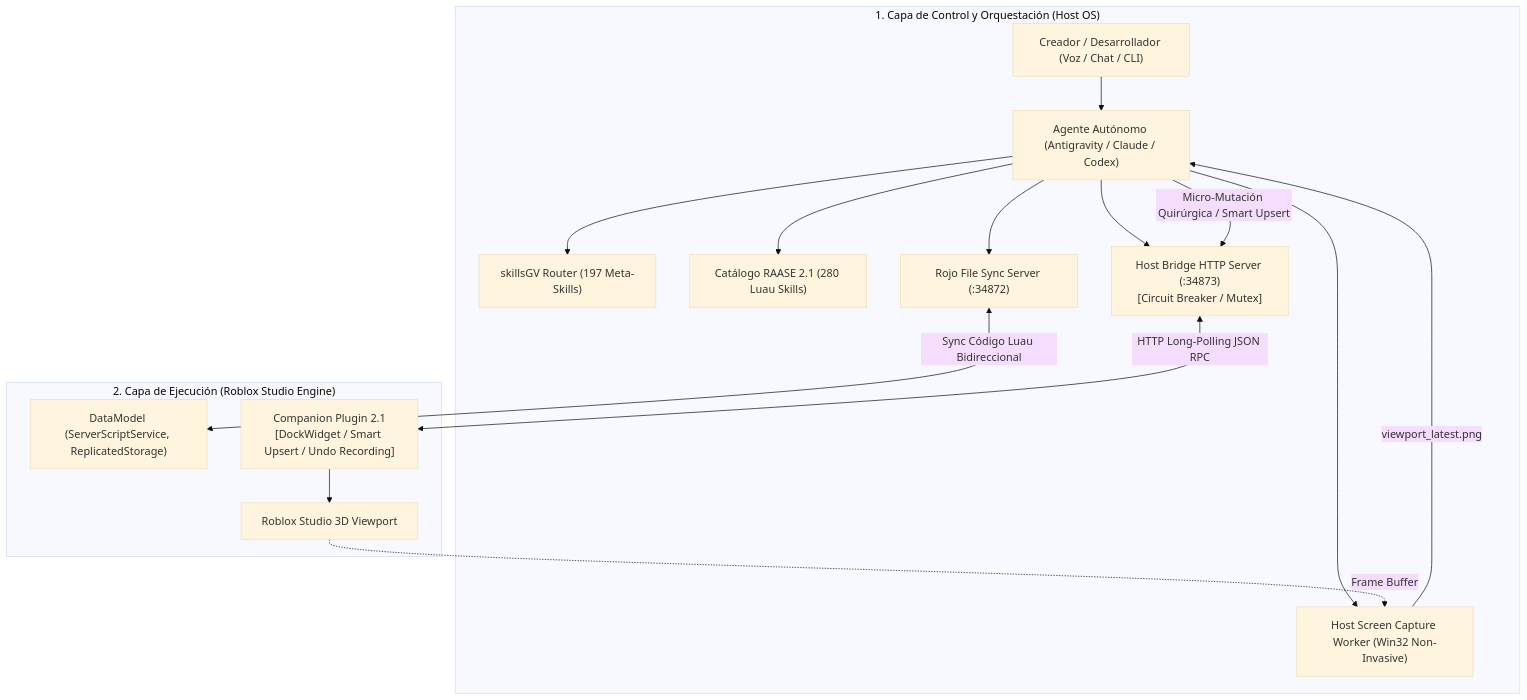
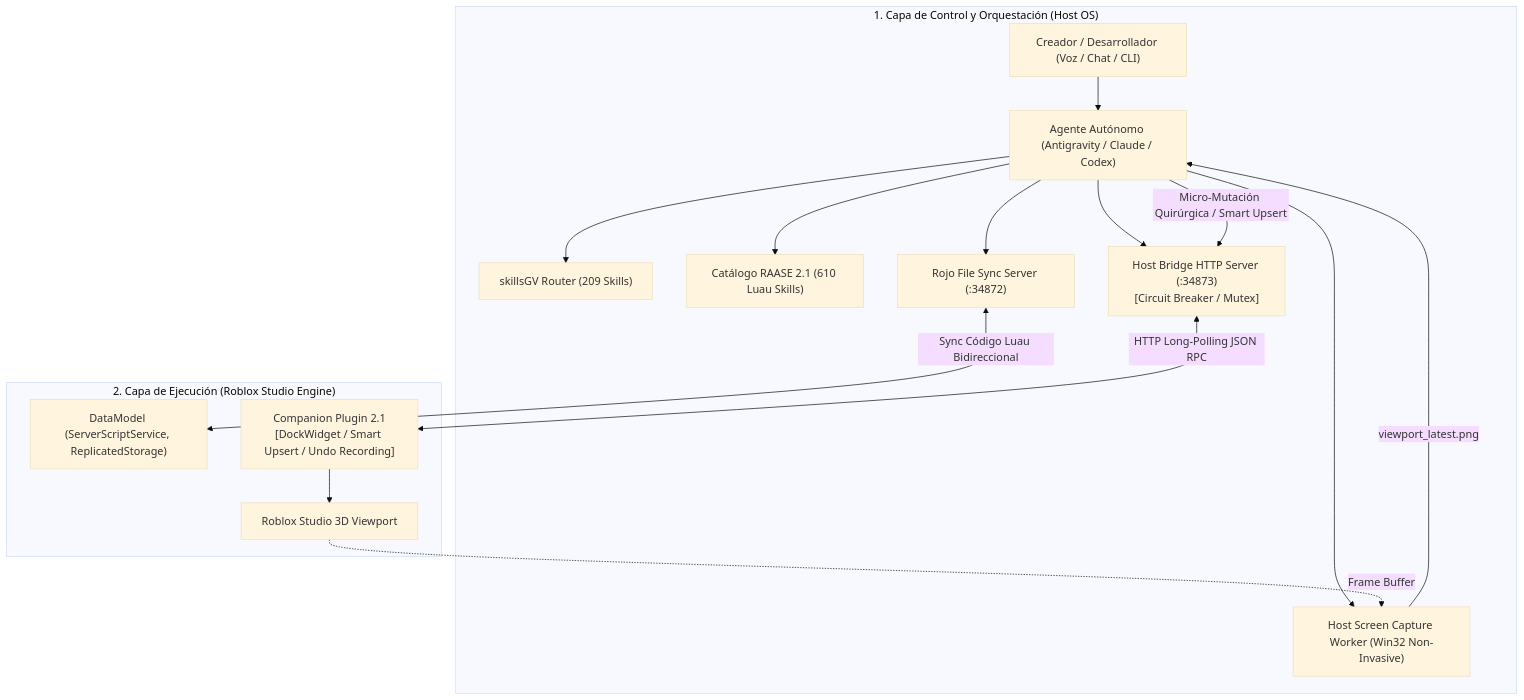
Before and after one commit to Almuerzoloco123/robloxIA: the diagram in README.md, drawn with Mermaid (base theme). The commit also changed other lines of this file and 2 other files, not shown here.

Commit message:
docs: sync RAASE 2.1 - bridge token flow, 610/35 catalog, sovereignty protocol

````diff
--- a/README.md
+++ b/README.md
@@ -16,21 +16,21 @@
 ```mermaid
 flowchart TD
     subgraph HostPlane ["1. Capa de Control y Orquestación (Host OS)"]
         User["Creador / Desarrollador (Voz / Chat / CLI)"] --> Agent["Agente Autónomo (Antigravity / Claude / Codex)"]
-        Agent --> Router["skillsGV Router (197 Meta-Skills)"]
-        Agent --> Catalog["Catálogo RAASE 2.1 (280 Luau Skills)"]
+        Agent --> Router["skillsGV Router (209 Skills)"]
+        Agent --> Catalog["Catálogo RAASE 2.1 (610 Luau Skills)"]
         Agent --> Bridge["Host Bridge HTTP Server (:34873)\n[Circuit Breaker / Mutex]"]
         Agent --> Rojo["Rojo File Sync Server (:34872)"]
         Agent --> VisionWorker["Host Screen Capture Worker (Win32 Non-Invasive)"]
     end
 
     subgraph StudioPlane ["2. Capa de Ejecución (Roblox Studio Engine)"]
         Rojo <-->|Sync Código Luau Bidireccional| DataModel["DataModel (ServerScriptService, ReplicatedStorage)"]
         Bridge <-->|HTTP Long-Polling JSON RPC| CompanionPlugin["Companion Plugin 2.1\n[DockWidget / Smart Upsert / Undo Recording]"]
         CompanionPlugin --> Viewport["Roblox Studio 3D Viewport"]
         Viewport -.->|Frame Buffer| VisionWorker
     end
 
     VisionWorker -->|viewport_latest.png| Agent
     Agent -->|Micro-Mutación Quirúrgica / Smart Upsert| Bridge
 ```
````
